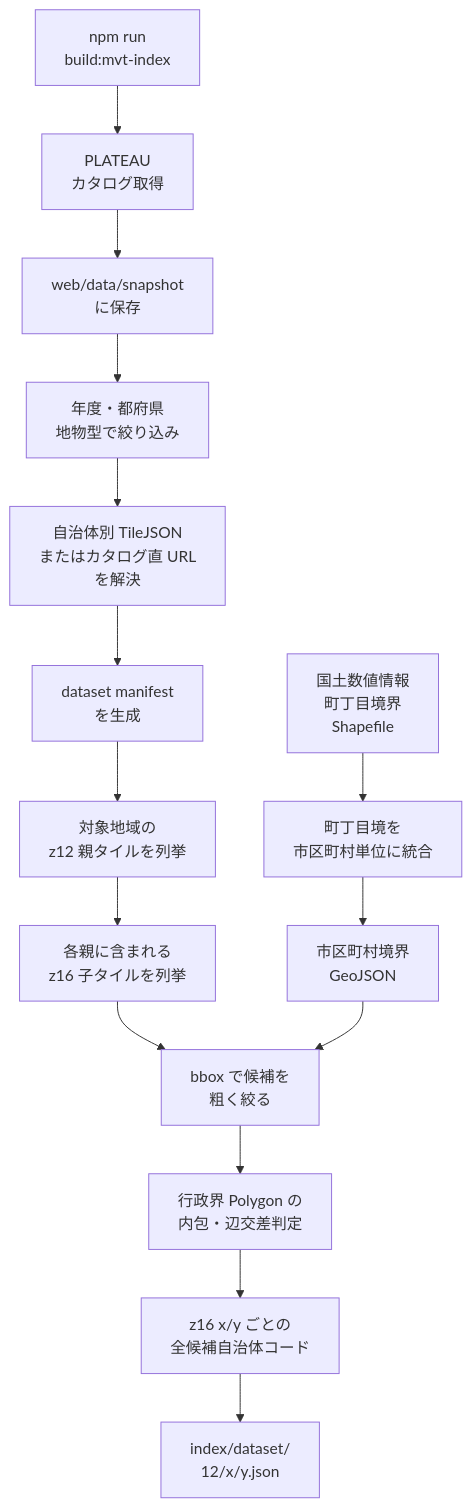
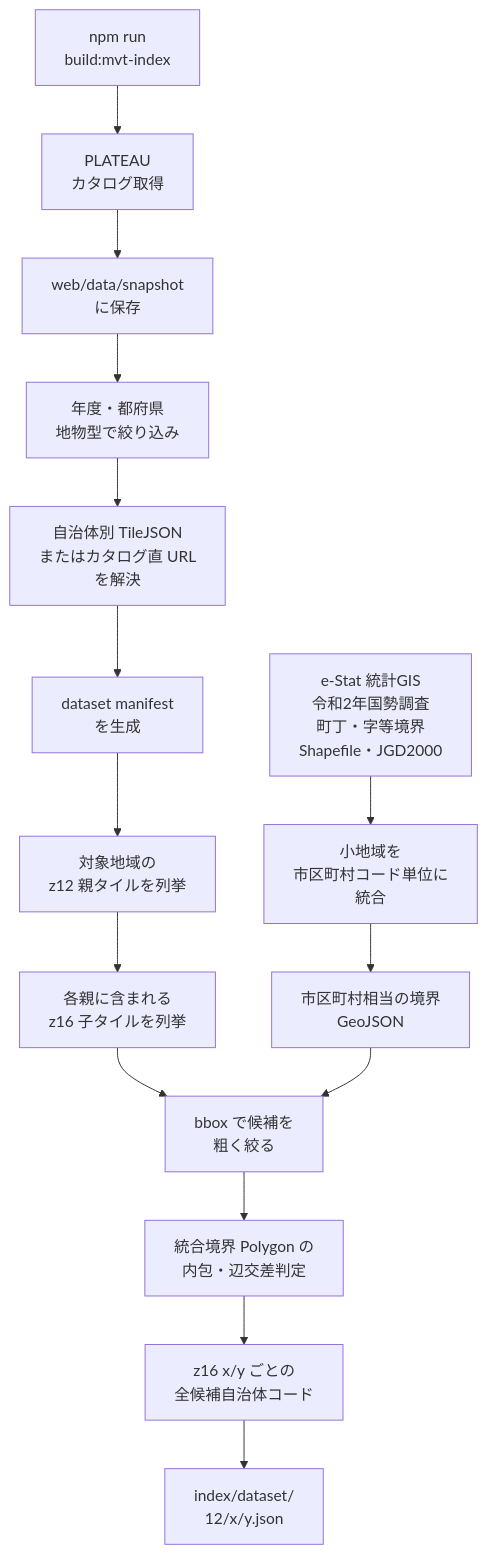
Before and after one commit to Kuwa-ya/202610-PLATEAU-MVT-Research: the third of 7 diagrams in presentation/README.md, drawn with Mermaid. The commit also changed other lines of this file and 25 other files, not shown here.

````diff
--- a/presentation/README.md
+++ b/presentation/README.md
@@ -217,18 +252,18 @@
 ```mermaid
 flowchart TD
-  N[国土数値情報<br/>町丁目境界<br/>Shapefile] --> U[町丁目境を<br/>市区町村単位に統合]
-  U --> V[市区町村境界<br/>GeoJSON]
+  N[e-Stat 統計GIS<br/>令和2年国勢調査<br/>町丁・字等境界<br/>Shapefile・JGD2000] --> U[小地域を<br/>市区町村コード単位に<br/>統合]
+  U --> V[市区町村相当の境界<br/>GeoJSON]
 
   A[npm run<br/>build:mvt-index] --> B[PLATEAU<br/>カタログ取得]
   B --> C[web/data/snapshot<br/>に保存]
   C --> D[年度・都府県<br/>地物型で絞り込み]
   D --> E[自治体別 TileJSON<br/>またはカタログ直 URL<br/>を解決]
   E --> F[dataset manifest<br/>を生成]
   F --> G[対象地域の<br/>z12 親タイルを列挙]
   G --> H[各親に含まれる<br/>z16 子タイルを列挙]
   H --> I[bbox で候補を<br/>粗く絞る]
   V --> I
-  I --> J[行政界 Polygon の<br/>内包・辺交差判定]
+  I --> J[統合境界 Polygon の<br/>内包・辺交差判定]
   J --> K[z16 x/y ごとの<br/>全候補自治体コード]
   K --> L[index/dataset/<br/>12/x/y.json]
 ```
````
